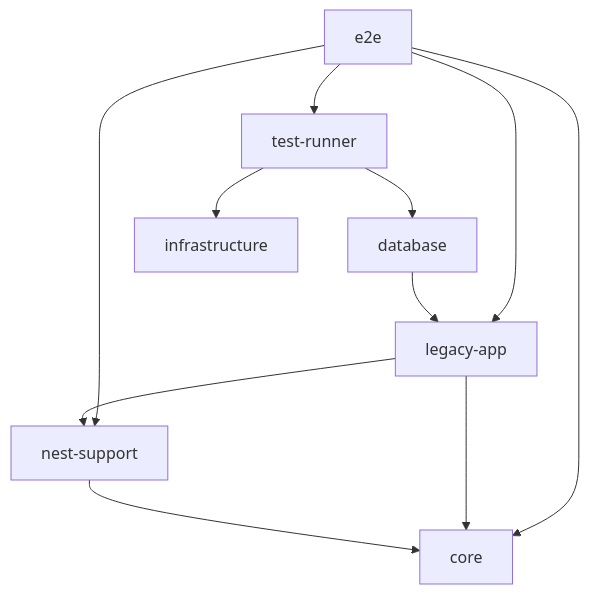
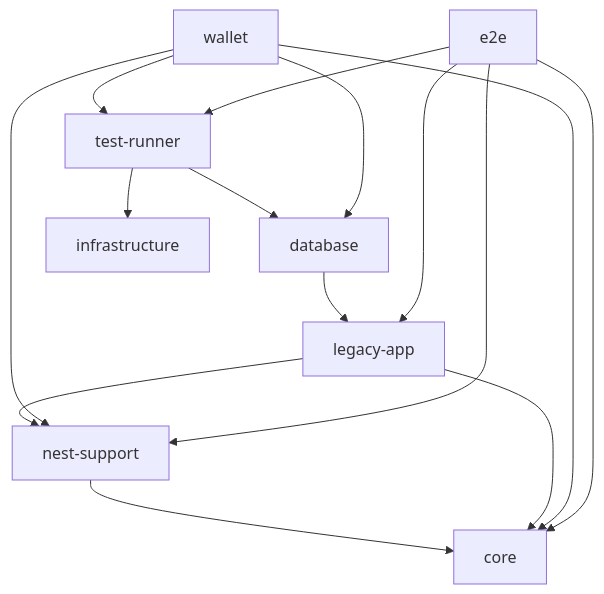
Before and after one commit to danilomartinelli/domain-driven-hexagon-scaffold: the diagram in docs/nx-workspace.md, drawn with Mermaid. The commit also changed other lines of this file and 54 other files, not shown here.

````diff
--- a/docs/nx-workspace.md
+++ b/docs/nx-workspace.md
@@ -36,13 +39,17 @@
 ```mermaid
 graph TD
   e2e --> legacy-app
   e2e --> nest-support
   e2e --> core
   e2e --> test-runner
+  wallet --> nest-support
+  wallet --> core
+  wallet --> test-runner
+  wallet --> database
   test-runner --> database
   test-runner --> infrastructure
   database --> legacy-app
   legacy-app --> nest-support
   legacy-app --> core
   nest-support --> core
 ```
````
